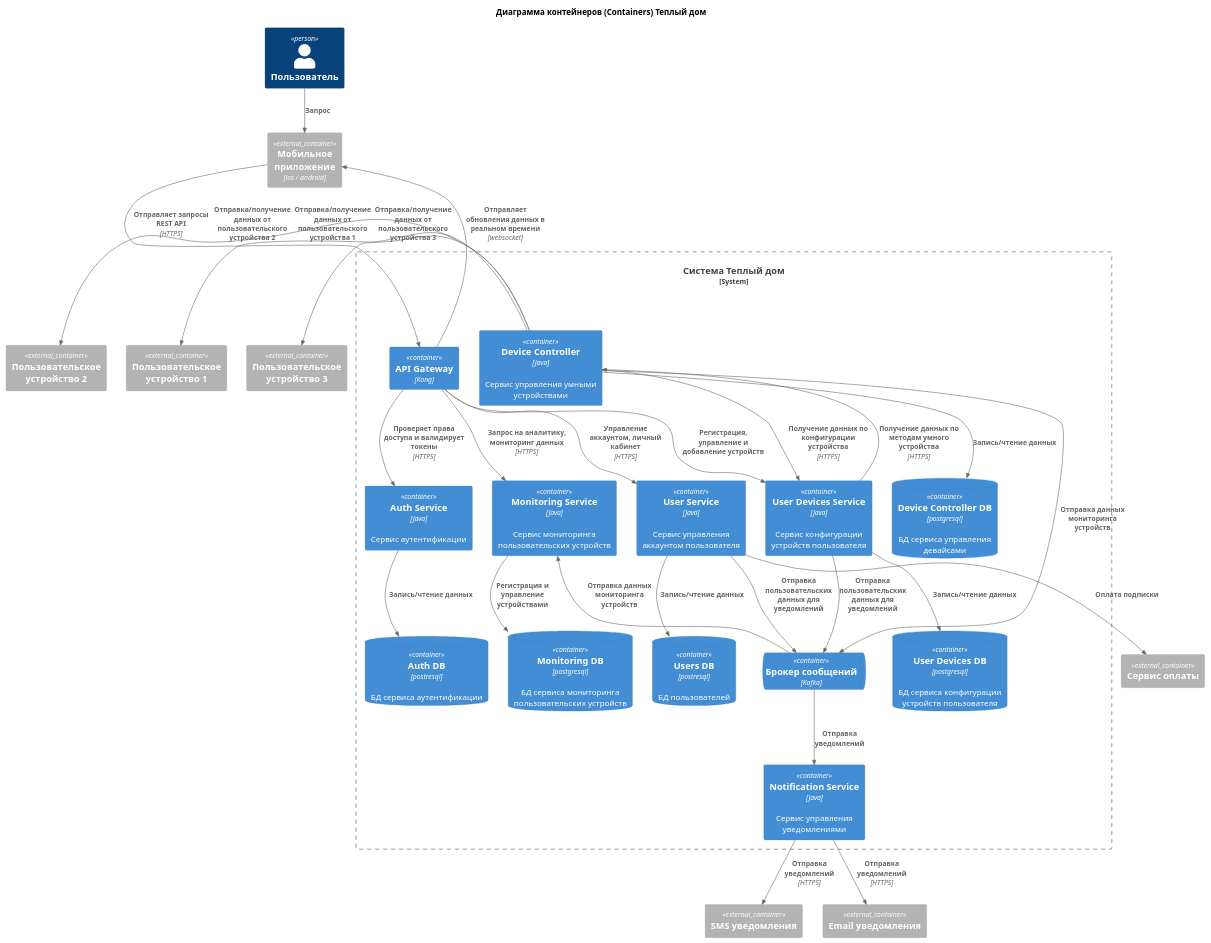
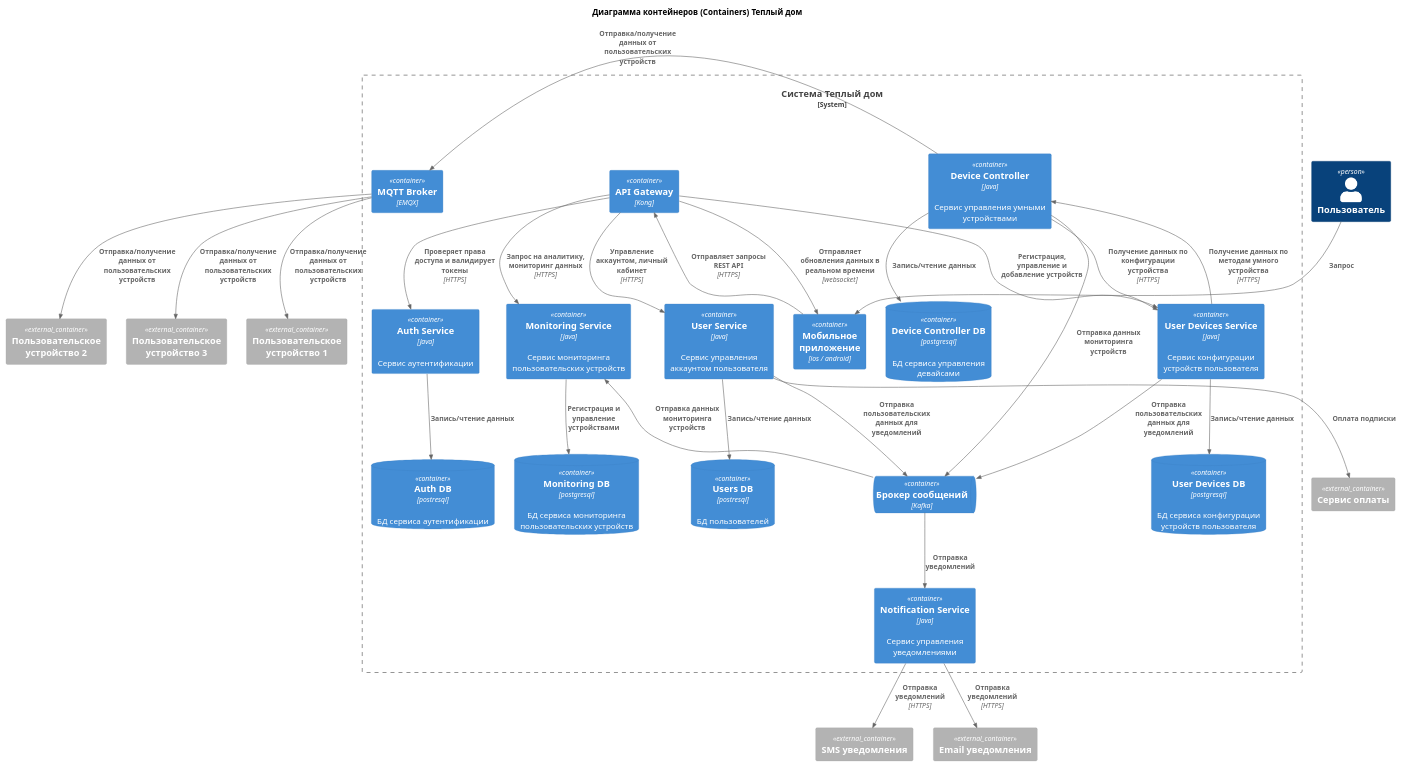
One commit to markovkaDada/architecture-sprint-3 changed the diagram in container.puml. Above: the diagram before and after it, drawn with PlantUML. The commit also changed 3 other files, not shown here.

```diff
--- a/container.puml
+++ b/container.puml
@@ -1,78 +1,84 @@
 @startuml
 !include C4/C4_Container.puml
 
 title Диаграмма контейнеров (Containers) Теплый дом
 
 Person(user, "Пользователь")
 
-Container_Ext(mobile, "Мобильное приложение", ios / android)
 
 System_Boundary(system_bounday, "Система Теплый дом") {
+
+    Container(mobile, "Мобильное приложение", ios / android)
+
     Container(gateway, "API Gateway", Kong)
 
     Container(auth_service, "Auth Service", Java, "Сервис аутентификации")
     ContainerDb(auth_db, "Auth DB", postresql, "БД сервиса аутентификации")
 
     Container(notification_service, "Notification Service", Java, "Сервис управления уведомлениями")
 
     Container(_device_controller, "Device Controller", Java, "Сервис управления умными устройствами")
     ContainerDb(device_controller_db, "Device Controller DB", postgresql, "БД сервиса управления девайсами")
 
     Container(user_service, "User Service", Java, "Сервис управления аккаунтом пользователя")
     ContainerDb(user_db, "Users DB", postresql, "БД пользователей")
 
     Container(monitoring_service, "Monitoring Service", Java, "Сервис мониторинга пользовательских устройств")
     ContainerDb(monitoring_db, "Monitoring DB", postgresql, "БД сервиса мониторинга пользовательских устройств")
 
     Container(user_device_service, "User Devices Service", Java, "Сервис конфигурации устройств пользователя")
     ContainerDb(user_device_db, "User Devices DB", postgresql, "БД сервиса конфигурации устройств пользователя")
 
     ContainerQueue(message_broker, "Брокер сообщений", Kafka)
+
+    Container(mqtt_broker, "MQTT Broker", "EMQX")
 
 }
 
 Container_Ext(sms_notification, "SMS уведомления")
 Container_Ext(email_notification, "Email уведомления")
 Container_Ext(smart_device1, "Пользовательское устройство 1")
 Container_Ext(smart_device2, "Пользовательское устройство 2")
 Container_Ext(smart_device3, "Пользовательское устройство 3")
 Container_Ext(payment_service, "Сервис оплаты")
 
 Rel(user, mobile, "Запрос")
 
 Rel(mobile, gateway, "Отправляет запросы REST API", HTTPS)
 Rel(gateway, mobile, "Отправляет обновления данных в реальном времени", websocket)
 
 Rel(gateway, auth_service, "Проверяет права доступа и валидирует токены", HTTPS)
 
 Rel(gateway, user_service, "Управление аккаунтом, личный кабинет", HTTPS)
 Rel(gateway, user_device_service, "Регистрация, управление и добавление устройств")
 
 Rel(auth_service, auth_db, "Запись/чтение данных")
 
 Rel(user_service, user_db, "Запись/чтение данных")
 Rel(user_service, payment_service, "Оплата подписки")
 
 Rel(_device_controller, device_controller_db, "Запись/чтение данных")
 Rel(_device_controller, message_broker, "Отправка данных мониторинга устройств")
 Rel(user_service, message_broker, "Отправка пользовательских данных для уведомлений")
 Rel(user_device_service, message_broker, "Отправка пользовательских данных для уведомлений")
 
 Rel(_device_controller, user_device_service, "Получение данных по конфигурации устройства", HTTPS)
 
-Rel_L(_device_controller, smart_device1, "Отправка/получение данных от пользовательского устройства 1")
-Rel_L(_device_controller, smart_device2, "Отправка/получение данных от пользовательского устройства 2")
-Rel_L(_device_controller, smart_device3, "Отправка/получение данных от пользовательского устройства 3")
+Rel_L(_device_controller, mqtt_broker, "Отправка/получение данных от пользовательских устройств")
+
+Rel(mqtt_broker, smart_device1, "Отправка/получение данных от пользовательских устройств")
+Rel(mqtt_broker, smart_device2, "Отправка/получение данных от пользовательских устройств")
+Rel(mqtt_broker, smart_device3, "Отправка/получение данных от пользовательских устройств")
 
 Rel(user_device_service, user_device_db, "Запись/чтение данных")
 Rel(user_device_service, _device_controller, "Получение данных по методам умного устройства", HTTPS)
 
 Rel_U(message_broker, monitoring_service, "Отправка данных мониторинга устройств")
 
 Rel(message_broker, notification_service, "Отправка уведомлений")
 Rel(notification_service, sms_notification, "Отправка уведомлений", HTTPS)
 Rel(notification_service, email_notification, "Отправка уведомлений", HTTPS)
 
 Rel(gateway, monitoring_service, "Запрос на аналитику, мониторинг данных", HTTPS)
 Rel(monitoring_service, monitoring_db, "Регистрация и управление устройствами")
 @enduml
```
